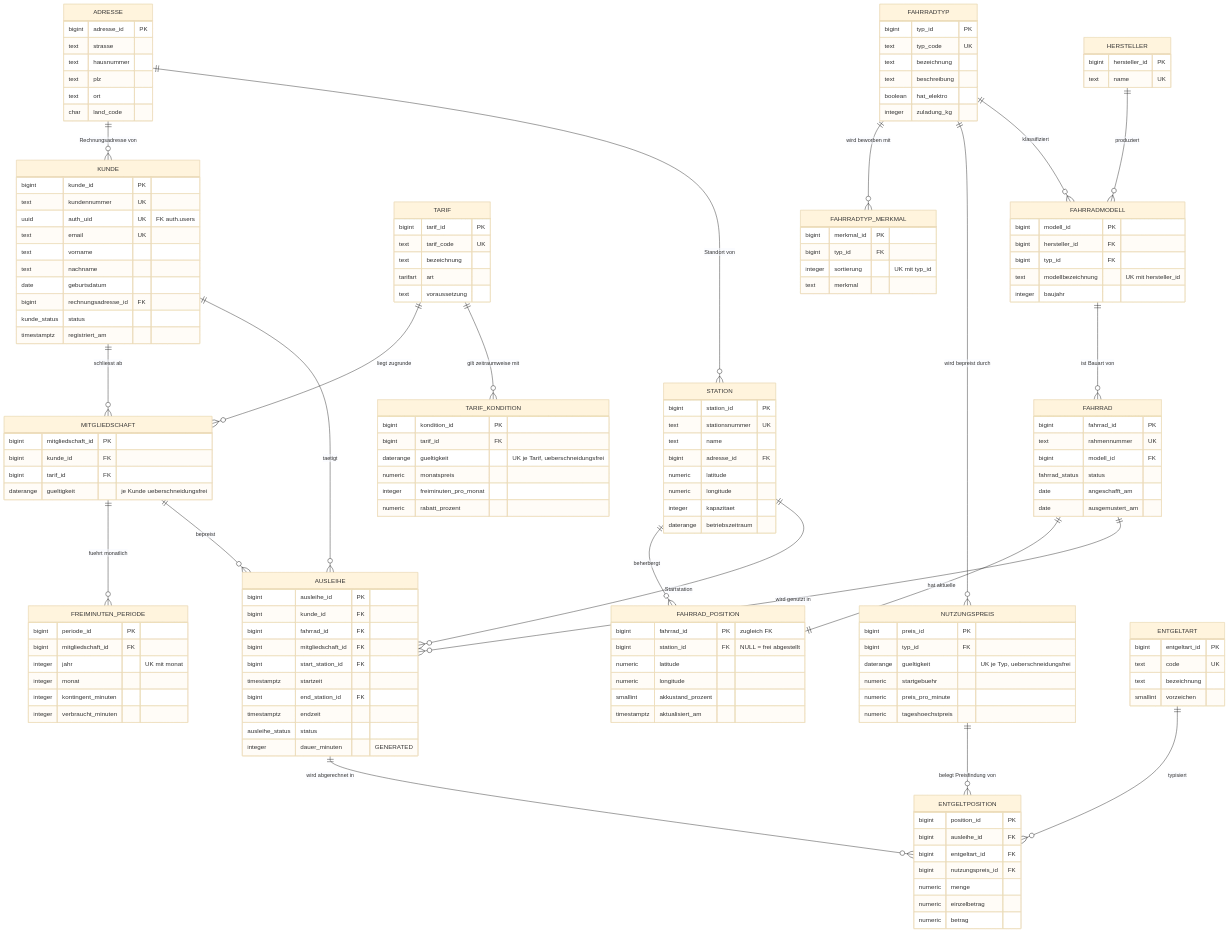
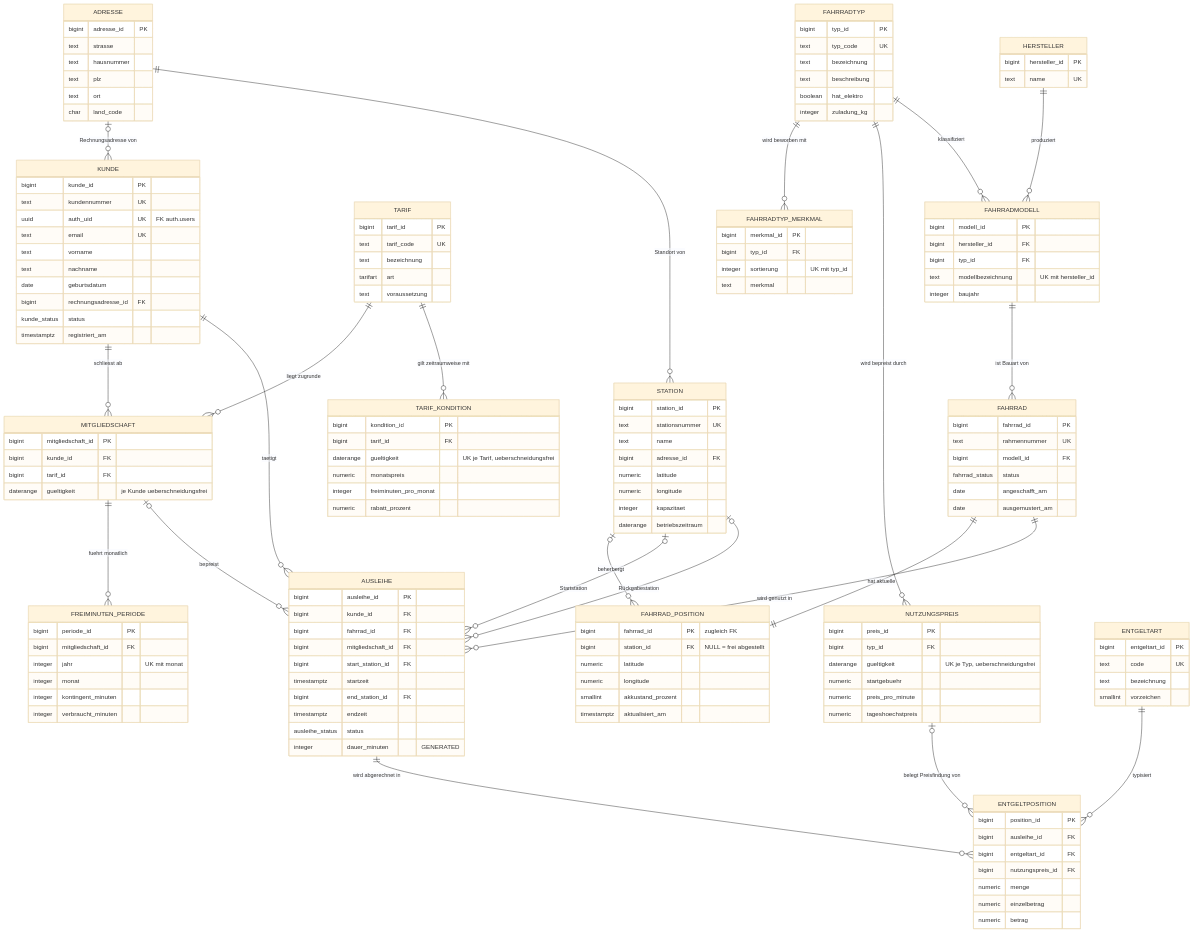
One commit to swrobuts/velocity-fallstudie changed the diagram in doku/datenmodell/erd/erd-kern.mmd. Above: the diagram before and after it, drawn with Mermaid (base theme). The commit also changed 18 other files, not shown here.

```diff
--- a/doku/datenmodell/erd/erd-kern.mmd
+++ b/doku/datenmodell/erd/erd-kern.mmd
@@ -1,157 +1,158 @@
 erDiagram
-    ADRESSE ||--o{ KUNDE : "Rechnungsadresse von"
+    ADRESSE |o--o{ KUNDE : "Rechnungsadresse von"
     ADRESSE ||--o{ STATION : "Standort von"
     KUNDE ||--o{ MITGLIEDSCHAFT : "schliesst ab"
     TARIF ||--o{ MITGLIEDSCHAFT : "liegt zugrunde"
     TARIF ||--o{ TARIF_KONDITION : "gilt zeitraumweise mit"
     MITGLIEDSCHAFT ||--o{ FREIMINUTEN_PERIODE : "fuehrt monatlich"
     FAHRRADTYP ||--o{ FAHRRADTYP_MERKMAL : "wird beworben mit"
     FAHRRADTYP ||--o{ NUTZUNGSPREIS : "wird bepreist durch"
     FAHRRADTYP ||--o{ FAHRRADMODELL : "klassifiziert"
     HERSTELLER ||--o{ FAHRRADMODELL : "produziert"
     FAHRRADMODELL ||--o{ FAHRRAD : "ist Bauart von"
     FAHRRAD ||--|| FAHRRAD_POSITION : "hat aktuelle"
-    STATION ||--o{ FAHRRAD_POSITION : "beherbergt"
+    STATION |o--o{ FAHRRAD_POSITION : "beherbergt"
     KUNDE ||--o{ AUSLEIHE : "taetigt"
     FAHRRAD ||--o{ AUSLEIHE : "wird genutzt in"
-    MITGLIEDSCHAFT ||--o{ AUSLEIHE : "bepreist"
-    STATION ||--o{ AUSLEIHE : "Startstation"
+    MITGLIEDSCHAFT |o--o{ AUSLEIHE : "bepreist"
+    STATION |o--o{ AUSLEIHE : "Startstation"
+    STATION |o--o{ AUSLEIHE : "Rückgabestation"
     AUSLEIHE ||--o{ ENTGELTPOSITION : "wird abgerechnet in"
     ENTGELTART ||--o{ ENTGELTPOSITION : "typisiert"
-    NUTZUNGSPREIS ||--o{ ENTGELTPOSITION : "belegt Preisfindung von"
+    NUTZUNGSPREIS |o--o{ ENTGELTPOSITION : "belegt Preisfindung von"
 
     ADRESSE {
         bigint adresse_id PK
         text strasse
         text hausnummer
         text plz
         text ort
         char land_code
     }
     KUNDE {
         bigint kunde_id PK
         text kundennummer UK
         uuid auth_uid UK "FK auth.users"
         text email UK
         text vorname
         text nachname
         date geburtsdatum
         bigint rechnungsadresse_id FK
         kunde_status status
         timestamptz registriert_am
     }
     TARIF {
         bigint tarif_id PK
         text tarif_code UK
         text bezeichnung
         tarifart art
         text voraussetzung
     }
     TARIF_KONDITION {
         bigint kondition_id PK
         bigint tarif_id FK
         daterange gueltigkeit "UK je Tarif, ueberschneidungsfrei"
         numeric monatspreis
         integer freiminuten_pro_monat
         numeric rabatt_prozent
     }
     MITGLIEDSCHAFT {
         bigint mitgliedschaft_id PK
         bigint kunde_id FK
         bigint tarif_id FK
         daterange gueltigkeit "je Kunde ueberschneidungsfrei"
     }
     FREIMINUTEN_PERIODE {
         bigint periode_id PK
         bigint mitgliedschaft_id FK
         integer jahr "UK mit monat"
         integer monat
         integer kontingent_minuten
         integer verbraucht_minuten
     }
     STATION {
         bigint station_id PK
         text stationsnummer UK
         text name
         bigint adresse_id FK
         numeric latitude
         numeric longitude
         integer kapazitaet
         daterange betriebszeitraum
     }
     FAHRRADTYP {
         bigint typ_id PK
         text typ_code UK
         text bezeichnung
         text beschreibung
         boolean hat_elektro
         integer zuladung_kg
     }
     FAHRRADTYP_MERKMAL {
         bigint merkmal_id PK
         bigint typ_id FK
         integer sortierung "UK mit typ_id"
         text merkmal
     }
     HERSTELLER {
         bigint hersteller_id PK
         text name UK
     }
     FAHRRADMODELL {
         bigint modell_id PK
         bigint hersteller_id FK
         bigint typ_id FK
         text modellbezeichnung "UK mit hersteller_id"
         integer baujahr
     }
     FAHRRAD {
         bigint fahrrad_id PK
         text rahmennummer UK
         bigint modell_id FK
         fahrrad_status status
         date angeschafft_am
         date ausgemustert_am
     }
     FAHRRAD_POSITION {
         bigint fahrrad_id PK "zugleich FK"
         bigint station_id FK "NULL = frei abgestellt"
         numeric latitude
         numeric longitude
         smallint akkustand_prozent
         timestamptz aktualisiert_am
     }
     NUTZUNGSPREIS {
         bigint preis_id PK
         bigint typ_id FK
         daterange gueltigkeit "UK je Typ, ueberschneidungsfrei"
         numeric startgebuehr
         numeric preis_pro_minute
         numeric tageshoechstpreis
     }
     AUSLEIHE {
         bigint ausleihe_id PK
         bigint kunde_id FK
         bigint fahrrad_id FK
         bigint mitgliedschaft_id FK
         bigint start_station_id FK
         timestamptz startzeit
         bigint end_station_id FK
         timestamptz endzeit
         ausleihe_status status
         integer dauer_minuten "GENERATED"
     }
     ENTGELTART {
         bigint entgeltart_id PK
         text code UK
         text bezeichnung
         smallint vorzeichen
     }
     ENTGELTPOSITION {
         bigint position_id PK
         bigint ausleihe_id FK
         bigint entgeltart_id FK
         bigint nutzungspreis_id FK
         numeric menge
         numeric einzelbetrag
         numeric betrag
     }
```
